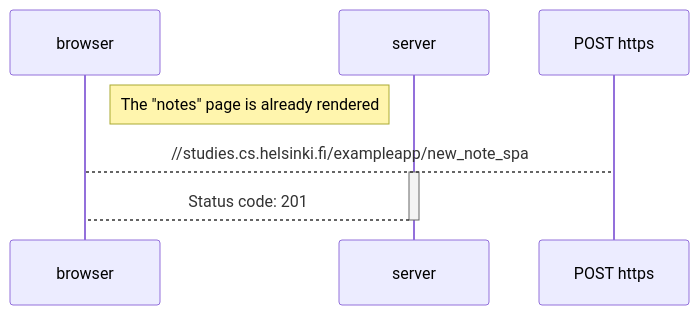
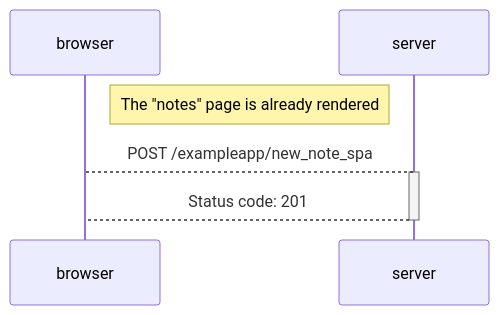
Before and after one commit to hd2802/full-stack-open: the diagram in part0/06-new-note-spa.md, drawn with Mermaid.

````diff
--- a/part0/06-new-note-spa.md
+++ b/part0/06-new-note-spa.md
@@ -1,14 +1,12 @@
-``` mermaid
+```mermaid
 sequenceDiagram
 participant browser
 participant server
 
 Note right of browser: The "notes" page is already rendered
 
-browser --> POST https://studies.cs.helsinki.fi/exampleapp/new_note_spa
+browser --> server: POST /exampleapp/new_note_spa
 activate server
 server --> browser: Status code: 201
 deactivate server
-
-
 ```
````
